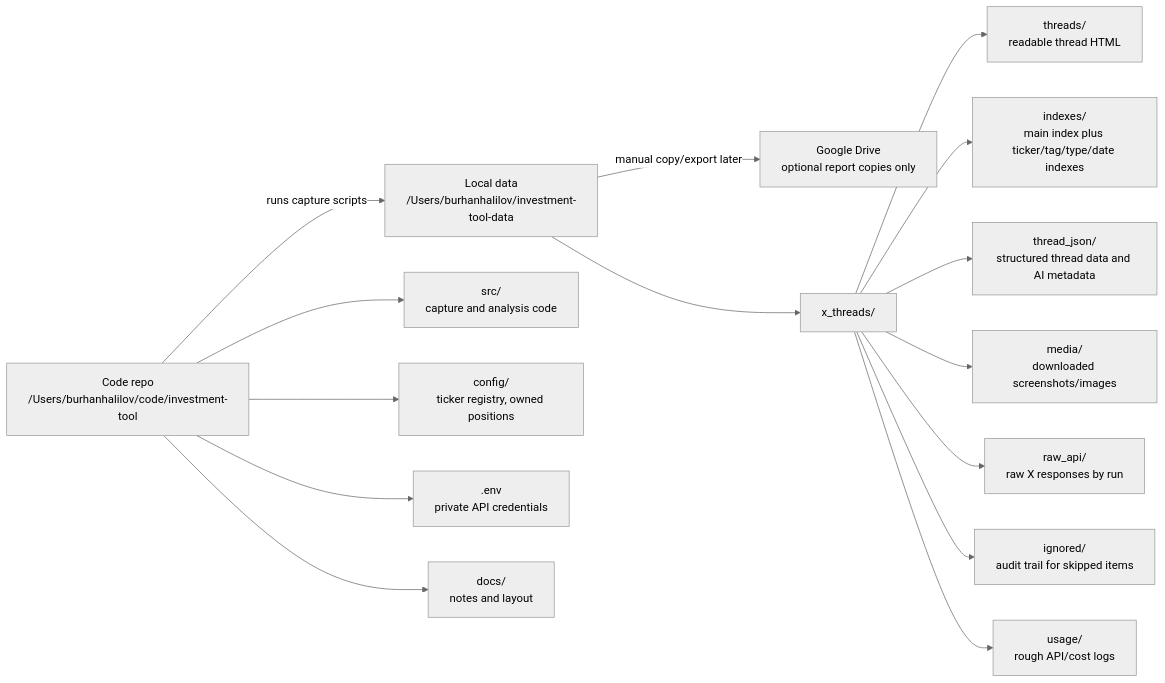
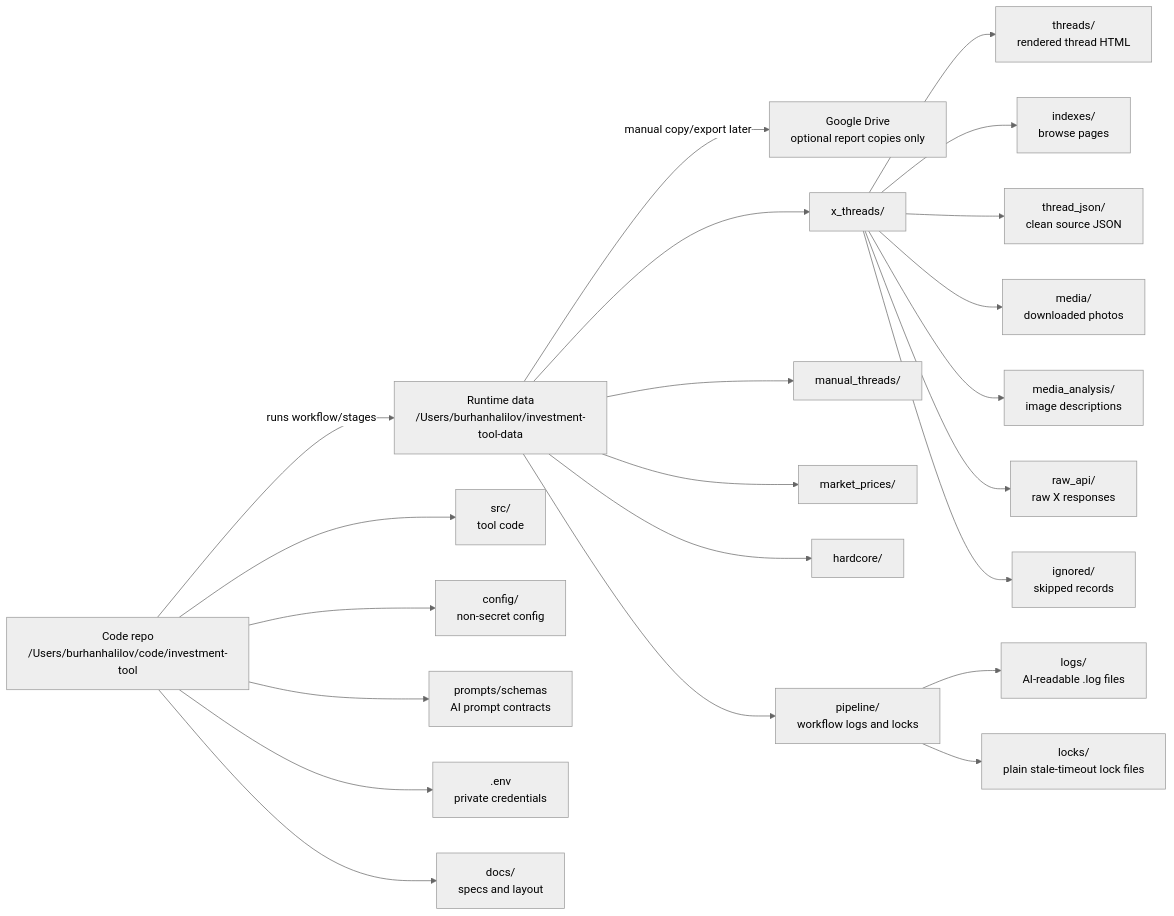
Before and after one commit to bhalilov/investment-tool: the diagram in docs/storage-layout.md, drawn with Mermaid (neutral theme). The commit also changed other lines of this file and 6 other files, not shown here.

Commit message:
docs: reset workflow and AI vector specs

````diff
--- a/docs/storage-layout.md
+++ b/docs/storage-layout.md
@@ -8,23 +11,32 @@
 ```mermaid
 flowchart LR
     Repo["Code repo<br/>/Users/burhanhalilov/code/investment-tool"]
-    Data["Local data<br/>/Users/burhanhalilov/investment-tool-data"]
+    Data["Runtime data<br/>/Users/burhanhalilov/investment-tool-data"]
     Drive["Google Drive<br/>optional report copies only"]
 
-    Repo -->|"runs capture scripts"| Data
+    Repo -->|"runs workflow/stages"| Data
     Data -->|"manual copy/export later"| Drive
 
-    Repo --> Src["src/<br/>capture and analysis code"]
-    Repo --> Config["config/<br/>ticker registry, owned positions"]
-    Repo --> Env[".env<br/>private API credentials"]
-    Repo --> Docs["docs/<br/>notes and layout"]
+    Repo --> Src["src/<br/>tool code"]
+    Repo --> Config["config/<br/>non-secret config"]
+    Repo --> Prompts["prompts/schemas<br/>AI prompt contracts"]
+    Repo --> Env[".env<br/>private credentials"]
+    Repo --> Docs["docs/<br/>specs and layout"]
 
     Data --> XThreads["x_threads/"]
-    XThreads --> Threads["threads/<br/>readable thread HTML"]
-    XThreads --> Indexes["indexes/<br/>main index plus ticker/tag/type/date indexes"]
-    XThreads --> Json["thread_json/<br/>structured thread data and AI metadata"]
-    XThreads --> Media["media/<br/>downloaded screenshots/images"]
-    XThreads --> Raw["raw_api/<br/>raw X responses by run"]
-    XThreads --> Ignored["ignored/<br/>audit trail for skipped items"]
-    XThreads --> Usage["usage/<br/>rough API/cost logs"]
+    Data --> Manual["manual_threads/"]
+    Data --> Prices["market_prices/"]
+    Data --> Hardcore["hardcore/"]
+    Data --> Workflow["pipeline/<br/>workflow logs and locks"]
+
+    XThreads --> Threads["threads/<br/>rendered thread HTML"]
+    XThreads --> Indexes["indexes/<br/>browse pages"]
+    XThreads --> Json["thread_json/<br/>clean source JSON"]
+    XThreads --> Media["media/<br/>downloaded photos"]
+    XThreads --> MediaAI["media_analysis/<br/>image descriptions"]
+    XThreads --> Raw["raw_api/<br/>raw X responses"]
+    XThreads --> Ignored["ignored/<br/>skipped records"]
+
+    Workflow --> Logs["logs/<br/>AI-readable .log files"]
+    Workflow --> Locks["locks/<br/>plain stale-timeout lock files"]
 ```
````
